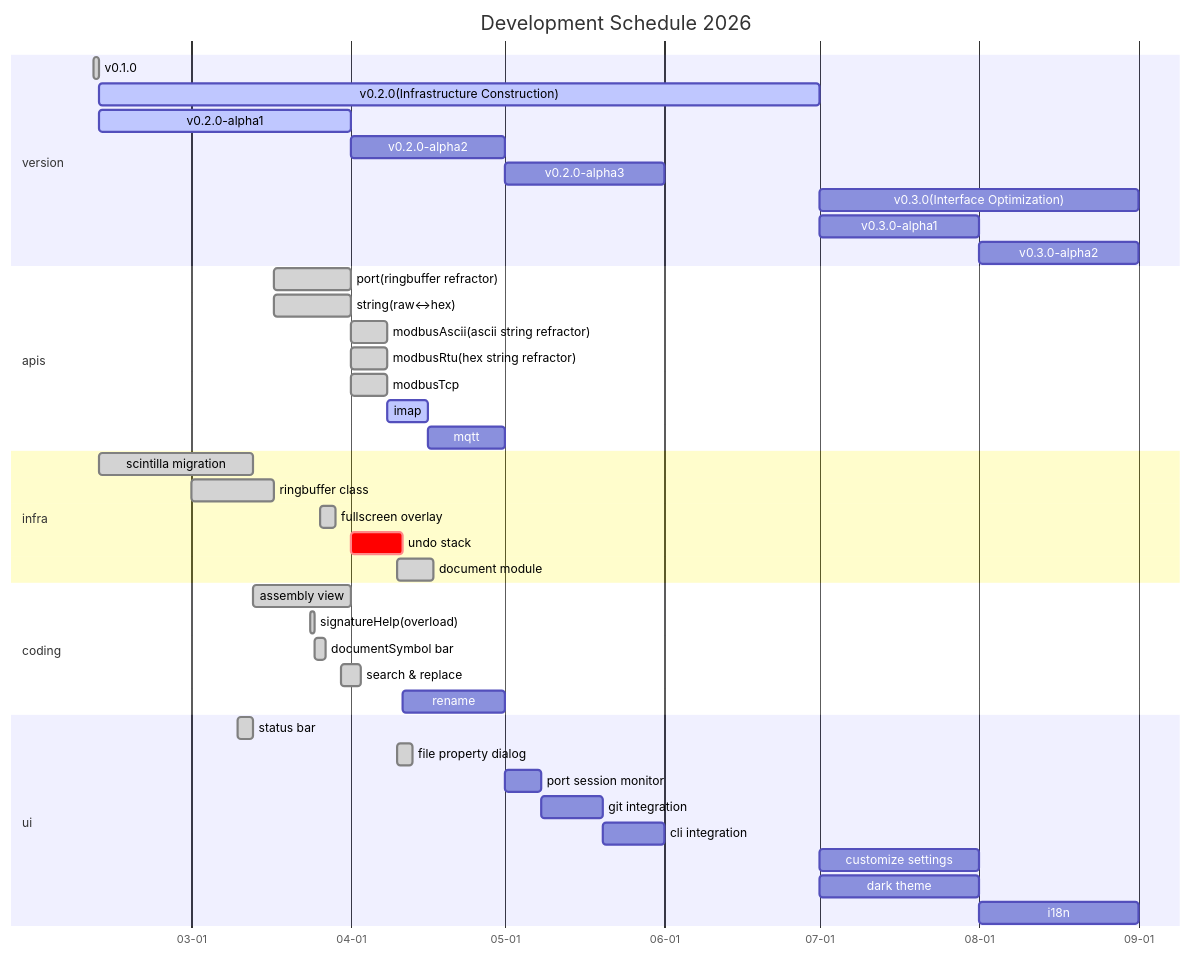
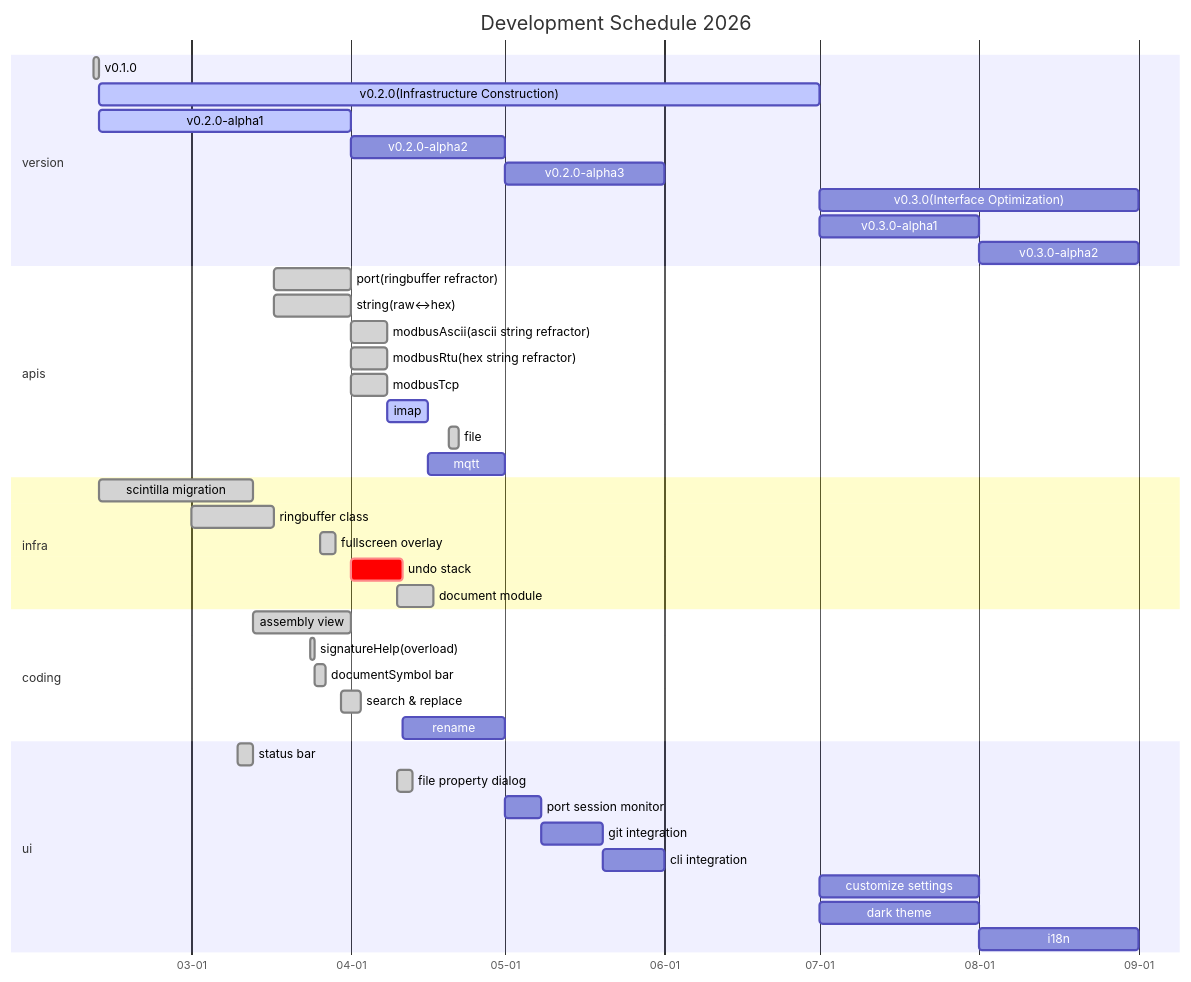
Before and after one commit to zyt20001205/UniComm2: the second of 3 diagrams in README.md, drawn with Mermaid. The commit also changed other lines of this file, not shown here.

````diff
--- a/README.md
+++ b/README.md
@@ -79,50 +79,51 @@
 ```mermaid
 gantt
     title Development Schedule 2026
     dateFormat MM-DD
     axisFormat %m-%d
     tickInterval 1month
 
     section version
         v0.1.0: done, 02-10, 1d
         v0.2.0(Infrastructure Construction): active, 02-11, 140d
         v0.2.0-alpha1: active, 02-11, 49d
         v0.2.0-alpha2: 04-01, 30d
         v0.2.0-alpha3: 05-01, 31d
         v0.3.0(Interface Optimization): 07-01, 62d
         v0.3.0-alpha1: 07-01, 31d
         v0.3.0-alpha2: 08-01, 31d
 
     section apis
         port(ringbuffer refractor): done, 03-17, 15d
         string(raw<->hex): done, 03-17, 15d
         modbusAscii(ascii string refractor): done, 04-01, 7d
         modbusRtu(hex string refractor): done, 04-01, 7d
         modbusTcp: done, 04-01, 7d
         imap: active, 04-08, 8d
+        file: done, 04-20, 2d
         mqtt: 04-16, 15d
 
     section infra
         scintilla migration: done, 02-11, 30d
         ringbuffer class: done, 03-01, 16d
         fullscreen overlay: done, 03-26, 3d
         undo stack: crit, 04-01, 10d
         document module: done, 04-10, 7d
 
     section coding
         assembly view: done, 03-13, 19d
         signatureHelp(overload): done, 03-24, 1d
         documentSymbol bar: done, 03-25, 2d
         search & replace: done, 03-30, 4d
         rename: 04-11, 20d
 
     section ui
         status bar: done, 03-10, 3d
         file property dialog: done, 04-10, 3d
         port session monitor: 05-01, 7d
         git integration: 05-08, 12d
         cli integration: 05-20, 12d
         customize settings: 07-01, 31d
         dark theme: 07-01, 31d
         i18n: 08-01, 31d
 ```
````
